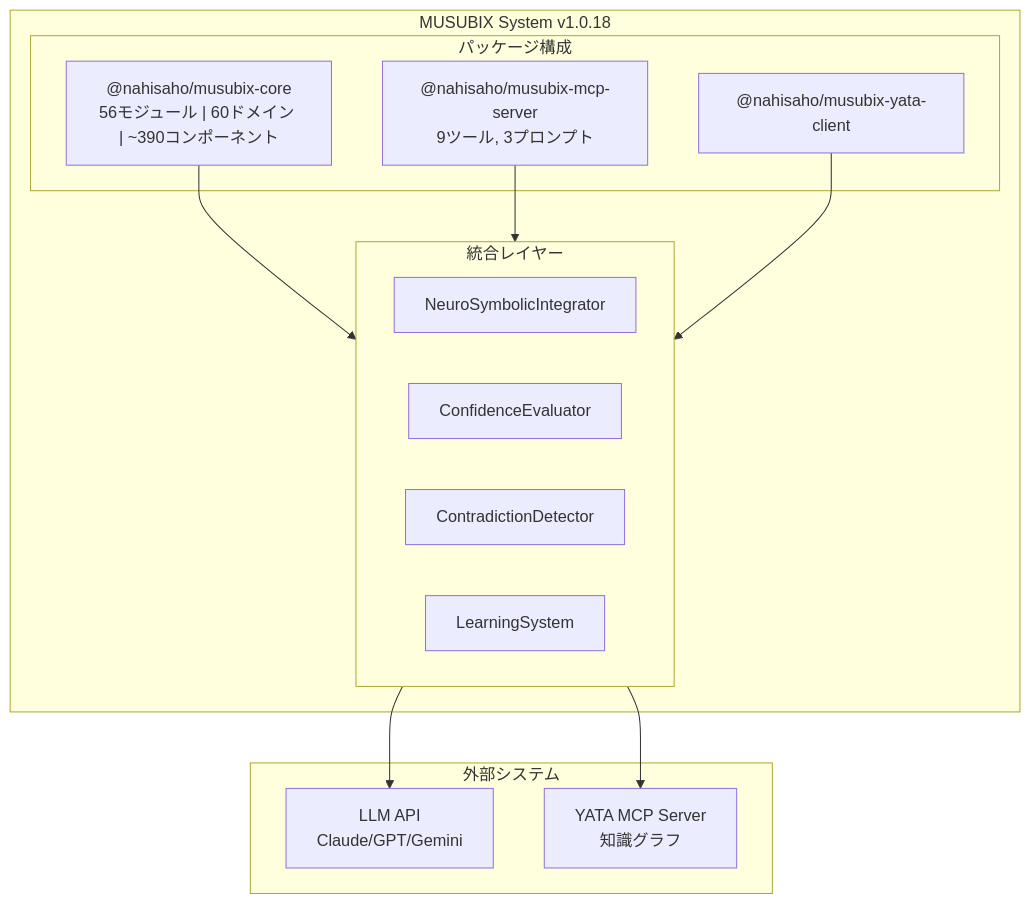
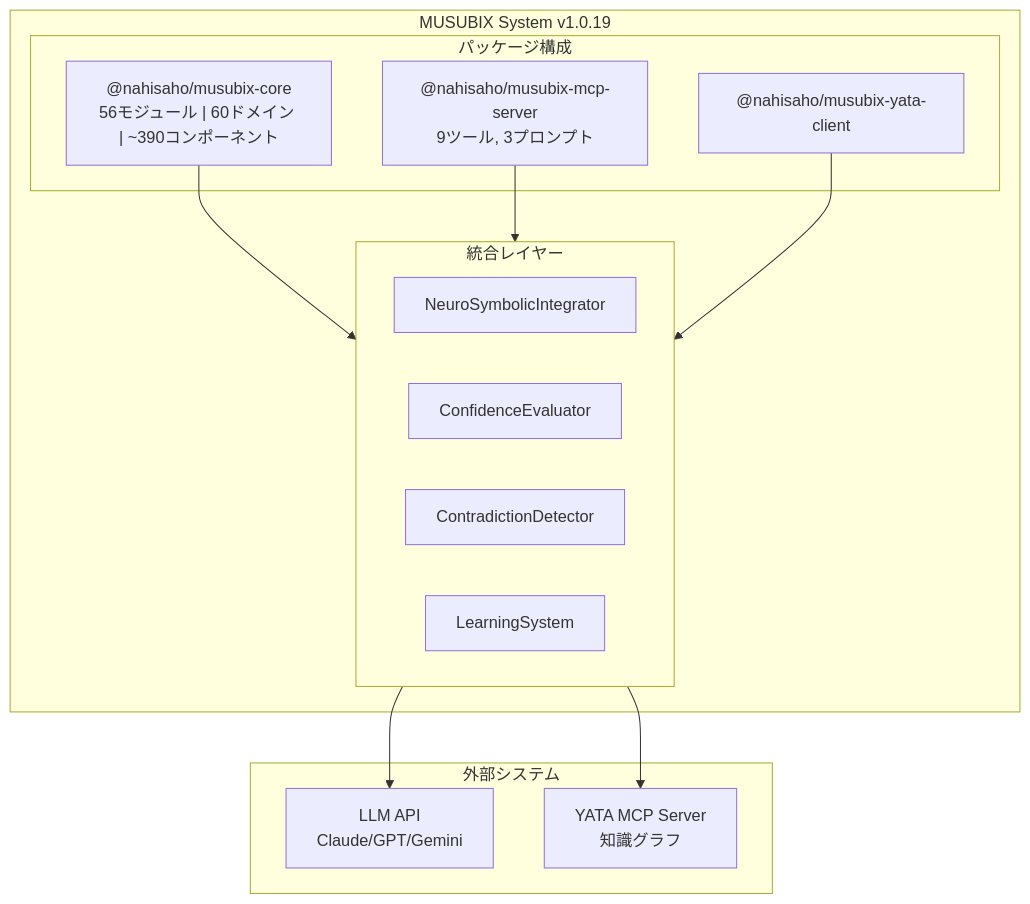
Before and after one commit to Takashi-So/MUSUBIX: the ninth of 19 diagrams in docs/evolution-from-musubi-to-musubix.md, drawn with Mermaid. The commit also changed other lines of this file and 11 other files, not shown here.

First line of the commit message:
v1.0.19: P0 fixes - directory support for test generate, improved C4 diagrams

````diff
--- a/docs/evolution-from-musubi-to-musubix.md
+++ b/docs/evolution-from-musubi-to-musubix.md
@@ -278,29 +278,29 @@
 ```mermaid
 flowchart TB
-    subgraph MUSUBIX["MUSUBIX System v1.0.18"]
+    subgraph MUSUBIX["MUSUBIX System v1.0.19"]
         subgraph Packages["パッケージ構成"]
             Core["@nahisaho/musubix-core<br/>56モジュール | 60ドメイン | ~390コンポーネント"]
             MCP["@nahisaho/musubix-mcp-server<br/>9ツール, 3プロンプト"]
             YATA_Client["@nahisaho/musubix-yata-client"]
         end
         
         subgraph Integration["統合レイヤー"]
             NSI["NeuroSymbolicIntegrator"]
             CE["ConfidenceEvaluator"]
             CD["ContradictionDetector"]
             LS["LearningSystem"]
         end
         
         Core --> Integration
         MCP --> Integration
         YATA_Client --> Integration
     end
     
     subgraph External["外部システム"]
         LLM["LLM API<br/>Claude/GPT/Gemini"]
         YATA_Server["YATA MCP Server<br/>知識グラフ"]
     end
     
     Integration --> LLM
     Integration --> YATA_Server
 ```
````
